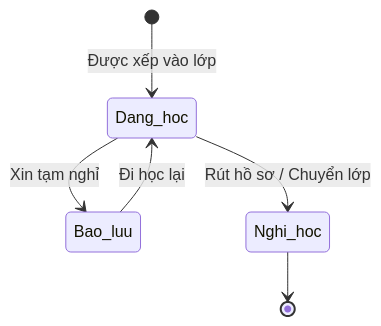
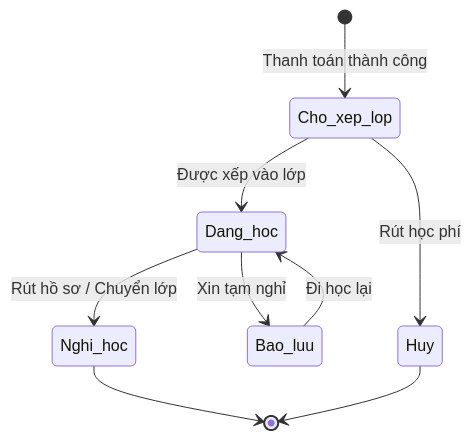
One commit to Gasyone/rinov5-station changed the diagram in docs/business-functions/BF-CLS-03-quan-ly-hoc-vien.md. Above: the diagram before and after it, drawn with Mermaid. The commit also changed other lines of this file and 89 other files, not shown here.

````diff
--- a/docs/business-functions/BF-CLS-03-quan-ly-hoc-vien.md
+++ b/docs/business-functions/BF-CLS-03-quan-ly-hoc-vien.md
@@ -51,8 +68,11 @@
 ```mermaid
 stateDiagram-v2
-    [*] --> Dang_hoc : Được xếp vào lớp
+    [*] --> Cho_xep_lop : Thanh toán thành công
+    Cho_xep_lop --> Dang_hoc : Được xếp vào lớp
+    Cho_xep_lop --> Huy : Rút học phí
     Dang_hoc --> Bao_luu : Xin tạm nghỉ
     Bao_luu --> Dang_hoc : Đi học lại
     Dang_hoc --> Nghi_hoc : Rút hồ sơ / Chuyển lớp
     Nghi_hoc --> [*]
+    Huy --> [*]
 ```
````
